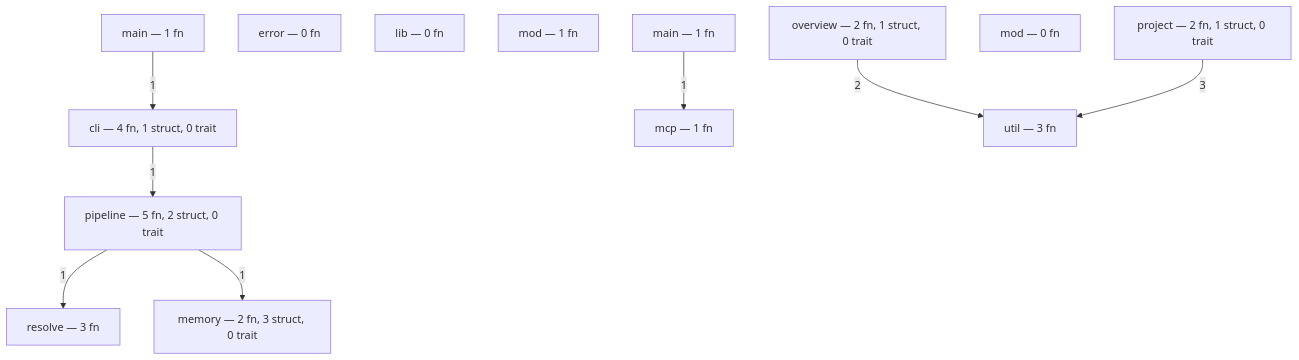
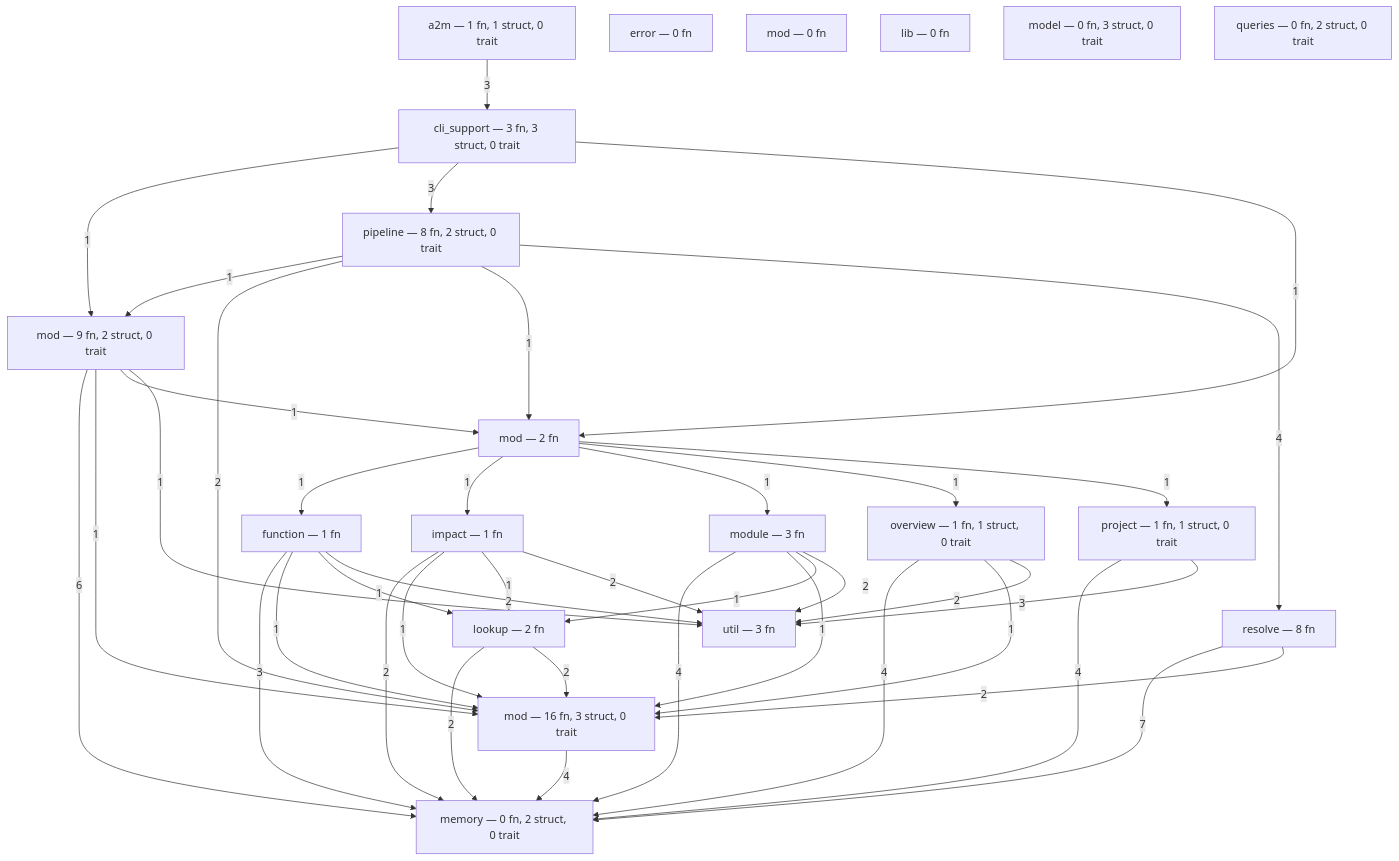
Before and after one commit to anatta-rs/ast-to-mermaid: the diagram in docs/overview.mmd, drawn with Mermaid. The commit also changed 2 other files, not shown here.

First paragraph of the commit message:
docs: refresh README + regenerate stale docs/ diagrams
The README hadn't been updated since #28. Five PRs landed since then
(#30, #32, #33, #34, #35) added capabilities the README didn't surface
and rendered a few specific lines flat-out wrong.

```diff
--- a/docs/overview.mmd
+++ b/docs/overview.mmd
@@ -1,22 +1,60 @@
 graph TD
-    crates_ast_to_mermaid_cli_src_main_rs["main — 1 fn"]
-    crates_ast_to_mermaid_core_src_cli_rs["cli — 4 fn, 1 struct, 0 trait"]
-    crates_ast_to_mermaid_core_src_error_rs["error — 0 fn"]
-    crates_ast_to_mermaid_core_src_lib_rs["lib — 0 fn"]
-    crates_ast_to_mermaid_core_src_mcp_rs["mcp — 1 fn"]
-    crates_ast_to_mermaid_core_src_pipeline_rs["pipeline — 5 fn, 2 struct, 0 trait"]
-    crates_ast_to_mermaid_core_src_render_mod_rs["mod — 1 fn"]
-    crates_ast_to_mermaid_core_src_render_overview_rs["overview — 2 fn, 1 struct, 0 trait"]
-    crates_ast_to_mermaid_core_src_render_project_rs["project — 2 fn, 1 struct, 0 trait"]
-    crates_ast_to_mermaid_core_src_render_util_rs["util — 3 fn"]
-    crates_ast_to_mermaid_core_src_resolve_rs["resolve — 3 fn"]
-    crates_ast_to_mermaid_core_src_store_memory_rs["memory — 2 fn, 3 struct, 0 trait"]
-    crates_ast_to_mermaid_core_src_store_mod_rs["mod — 0 fn"]
-    crates_ast_to_mermaid_mcp_src_main_rs["main — 1 fn"]
-    crates_ast_to_mermaid_cli_src_main_rs -->|"1"| crates_ast_to_mermaid_core_src_cli_rs
-    crates_ast_to_mermaid_core_src_cli_rs -->|"1"| crates_ast_to_mermaid_core_src_pipeline_rs
-    crates_ast_to_mermaid_core_src_pipeline_rs -->|"1"| crates_ast_to_mermaid_core_src_resolve_rs
-    crates_ast_to_mermaid_core_src_pipeline_rs -->|"1"| crates_ast_to_mermaid_core_src_store_memory_rs
-    crates_ast_to_mermaid_core_src_render_overview_rs -->|"2"| crates_ast_to_mermaid_core_src_render_util_rs
-    crates_ast_to_mermaid_core_src_render_project_rs -->|"3"| crates_ast_to_mermaid_core_src_render_util_rs
-    crates_ast_to_mermaid_mcp_src_main_rs -->|"1"| crates_ast_to_mermaid_core_src_mcp_rs
+    artifacts_mod_rs["mod — 9 fn, 2 struct, 0 trait"]
+    bin_a2m_rs["a2m — 1 fn, 1 struct, 0 trait"]
+    cli_support_rs["cli_support — 3 fn, 3 struct, 0 trait"]
+    error_rs["error — 0 fn"]
+    graph_memory_rs["memory — 0 fn, 2 struct, 0 trait"]
+    graph_mod_rs["mod — 0 fn"]
+    lib_rs["lib — 0 fn"]
+    model_rs["model — 0 fn, 3 struct, 0 trait"]
+    parser_mod_rs["mod — 16 fn, 3 struct, 0 trait"]
+    parser_queries_rs["queries — 0 fn, 2 struct, 0 trait"]
+    pipeline_rs["pipeline — 8 fn, 2 struct, 0 trait"]
+    render_function_rs["function — 1 fn"]
+    render_impact_rs["impact — 1 fn"]
+    render_lookup_rs["lookup — 2 fn"]
+    render_mod_rs["mod — 2 fn"]
+    render_module_rs["module — 3 fn"]
+    render_overview_rs["overview — 1 fn, 1 struct, 0 trait"]
+    render_project_rs["project — 1 fn, 1 struct, 0 trait"]
+    render_util_rs["util — 3 fn"]
+    resolve_rs["resolve — 8 fn"]
+    artifacts_mod_rs -->|"6"| graph_memory_rs
+    artifacts_mod_rs -->|"1"| parser_mod_rs
+    artifacts_mod_rs -->|"1"| render_mod_rs
+    artifacts_mod_rs -->|"1"| render_util_rs
+    bin_a2m_rs -->|"3"| cli_support_rs
+    cli_support_rs -->|"1"| artifacts_mod_rs
+    cli_support_rs -->|"3"| pipeline_rs
+    cli_support_rs -->|"1"| render_mod_rs
+    parser_mod_rs -->|"4"| graph_memory_rs
+    pipeline_rs -->|"1"| artifacts_mod_rs
+    pipeline_rs -->|"2"| parser_mod_rs
+    pipeline_rs -->|"1"| render_mod_rs
+    pipeline_rs -->|"4"| resolve_rs
+    render_function_rs -->|"3"| graph_memory_rs
+    render_function_rs -->|"1"| parser_mod_rs
+    render_function_rs -->|"1"| render_lookup_rs
+    render_function_rs -->|"2"| render_util_rs
+    render_impact_rs -->|"2"| graph_memory_rs
+    render_impact_rs -->|"1"| parser_mod_rs
+    render_impact_rs -->|"1"| render_lookup_rs
+    render_impact_rs -->|"2"| render_util_rs
+    render_lookup_rs -->|"2"| graph_memory_rs
+    render_lookup_rs -->|"2"| parser_mod_rs
+    render_mod_rs -->|"1"| render_function_rs
+    render_mod_rs -->|"1"| render_impact_rs
+    render_mod_rs -->|"1"| render_module_rs
+    render_mod_rs -->|"1"| render_overview_rs
+    render_mod_rs -->|"1"| render_project_rs
+    render_module_rs -->|"4"| graph_memory_rs
+    render_module_rs -->|"1"| parser_mod_rs
+    render_module_rs -->|"1"| render_lookup_rs
+    render_module_rs -->|"2"| render_util_rs
+    render_overview_rs -->|"4"| graph_memory_rs
+    render_overview_rs -->|"1"| parser_mod_rs
+    render_overview_rs -->|"2"| render_util_rs
+    render_project_rs -->|"4"| graph_memory_rs
+    render_project_rs -->|"3"| render_util_rs
+    resolve_rs -->|"7"| graph_memory_rs
+    resolve_rs -->|"2"| parser_mod_rs
```
